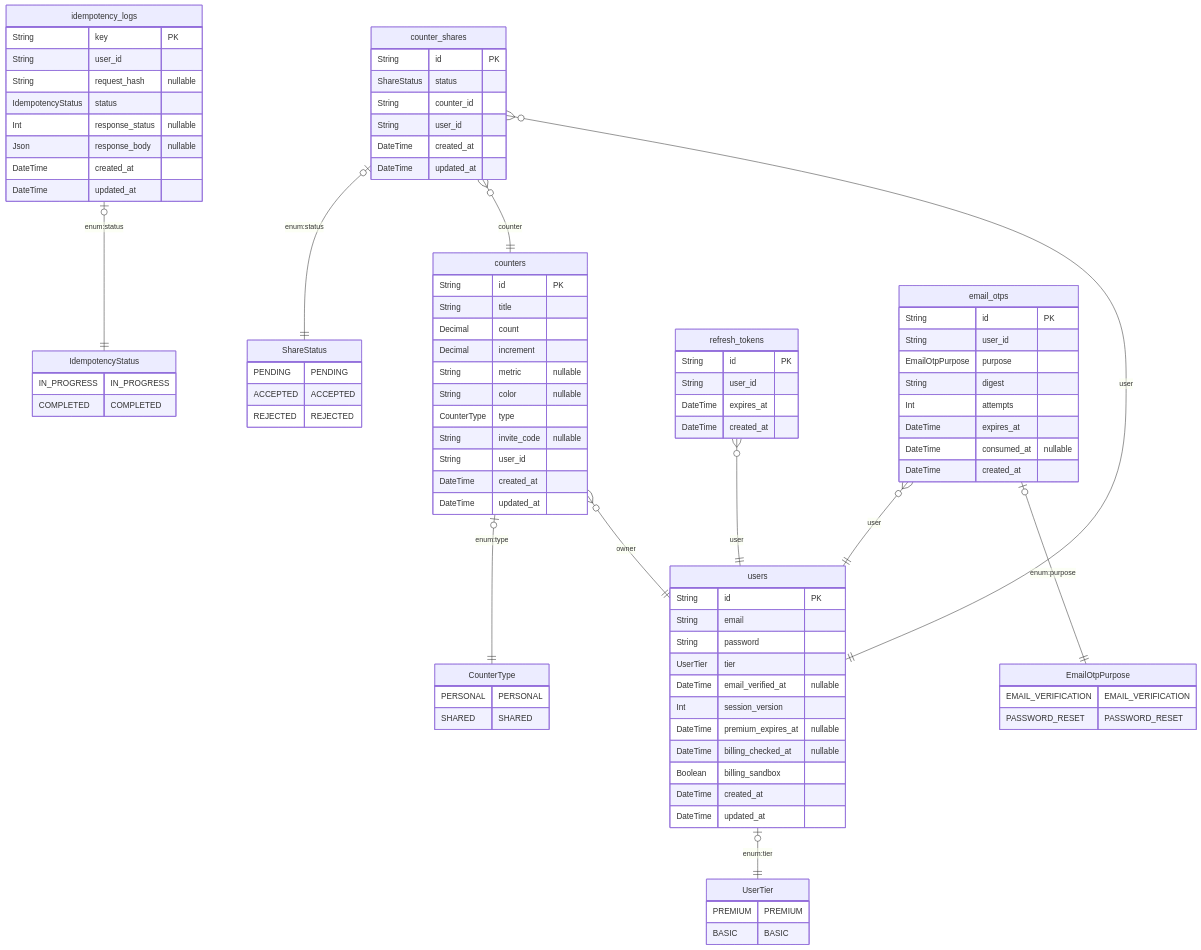
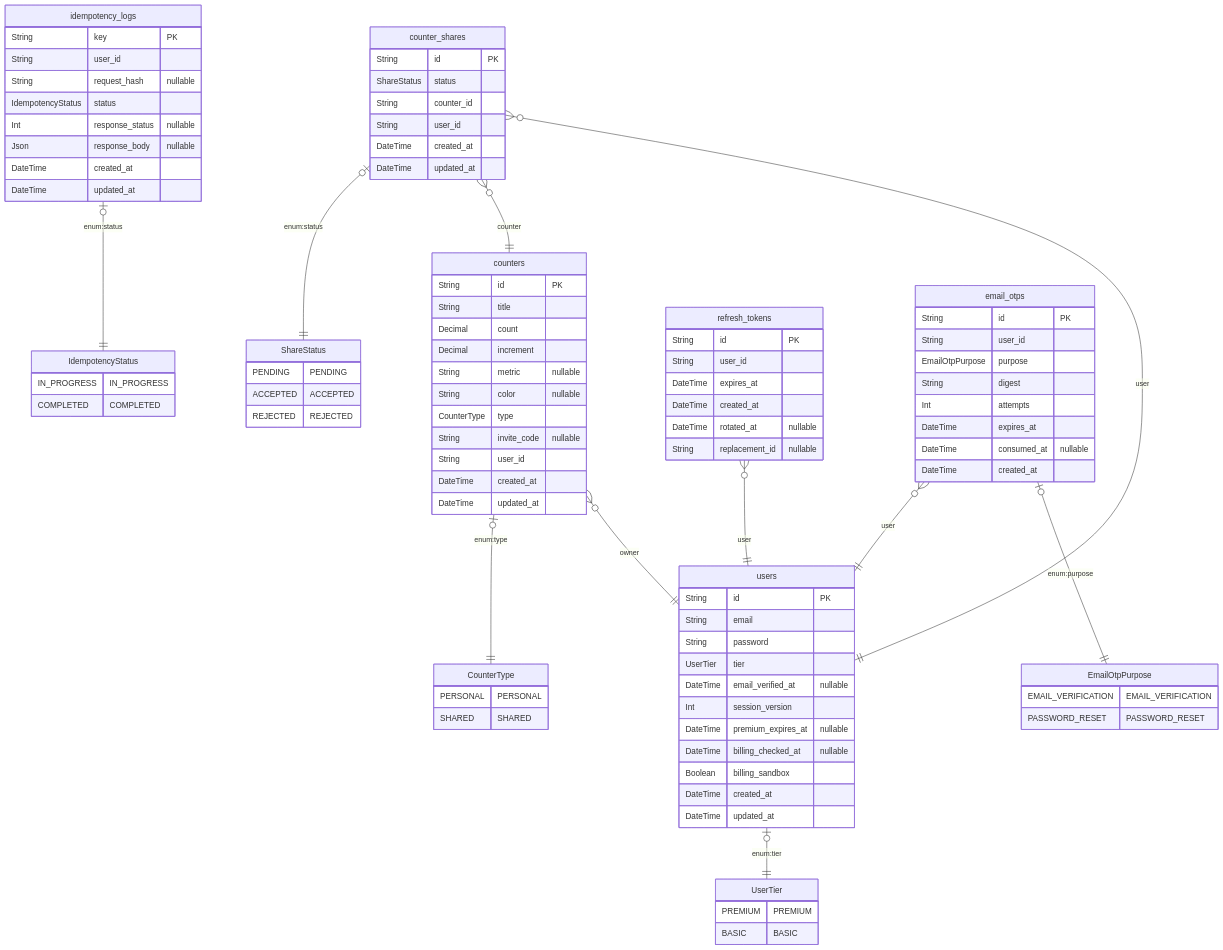
Before and after one commit to michaelgreenl/tally-tracker: the diagram in docs/diagrams/architecture/ERD.md, drawn with Mermaid. The commit also changed 36 other files, not shown here.

```diff
--- a/docs/diagrams/architecture/ERD.md
+++ b/docs/diagrams/architecture/ERD.md
@@ -76,6 +76,8 @@
     String user_id 
     DateTime expires_at 
     DateTime created_at 
+    DateTime rotated_at "nullable"
+    String replacement_id "nullable"
     }
   
 
```
